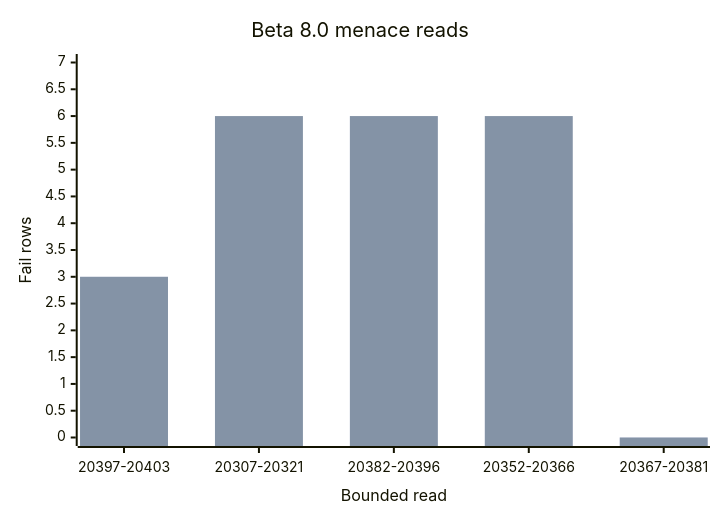
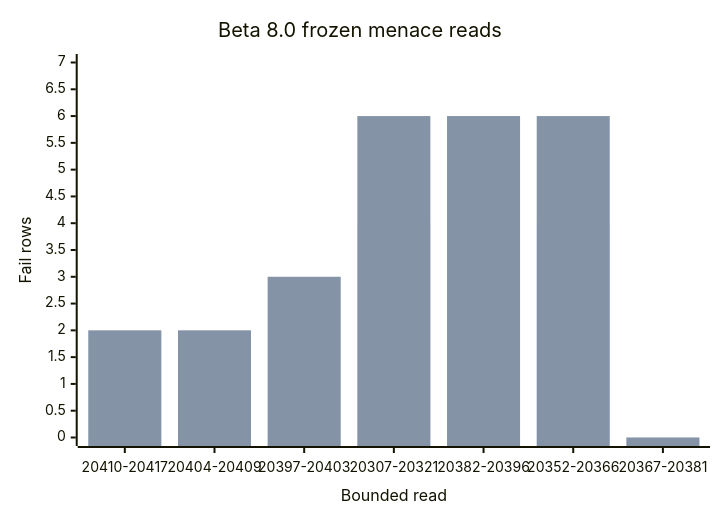
Before and after one commit to tryskian/scorey: the second of 2 diagrams in docs/research/080_B-MENACE_JUDGEMENT.md, drawn with Mermaid. The commit also changed other lines of this file and 11 other files, not shown here.

````diff
--- a/docs/research/080_B-MENACE_JUDGEMENT.md
+++ b/docs/research/080_B-MENACE_JUDGEMENT.md
@@ -103,8 +111,8 @@
 ```mermaid
 xychart-beta
-  title "Beta 8.0 menace reads"
-  x-axis "Bounded read" ["20397-20403", "20307-20321", "20382-20396", "20352-20366", "20367-20381"]
+  title "Beta 8.0 frozen menace reads"
+  x-axis "Bounded read" ["20410-20417", "20404-20409", "20397-20403", "20307-20321", "20382-20396", "20352-20366", "20367-20381"]
   y-axis "Fail rows" 0 --> 7
-  bar "Menace fail rows" [3, 4, 6, 4, 0]
-  bar "Closed prose fail rows" [3, 6, 6, 6, 0]
+  bar "Menace fail rows" [2, 2, 3, 4, 6, 4, 0]
+  bar "Closed prose fail rows" [2, 2, 3, 6, 6, 6, 0]
 ```
````
